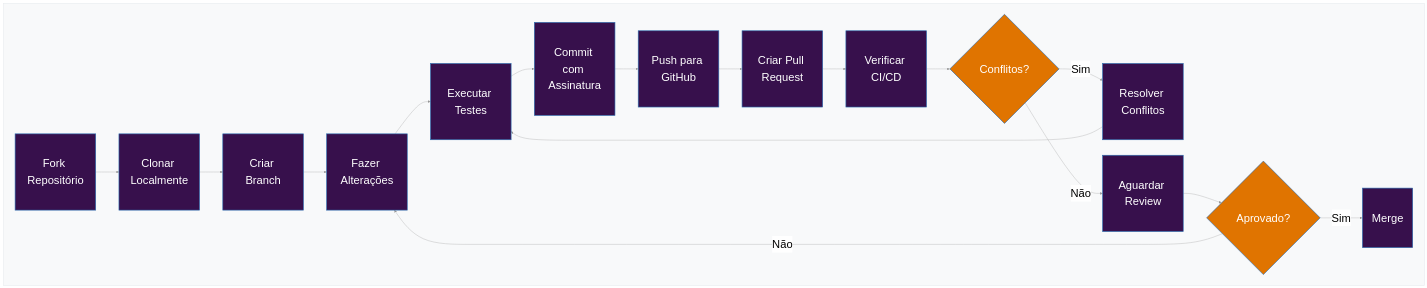
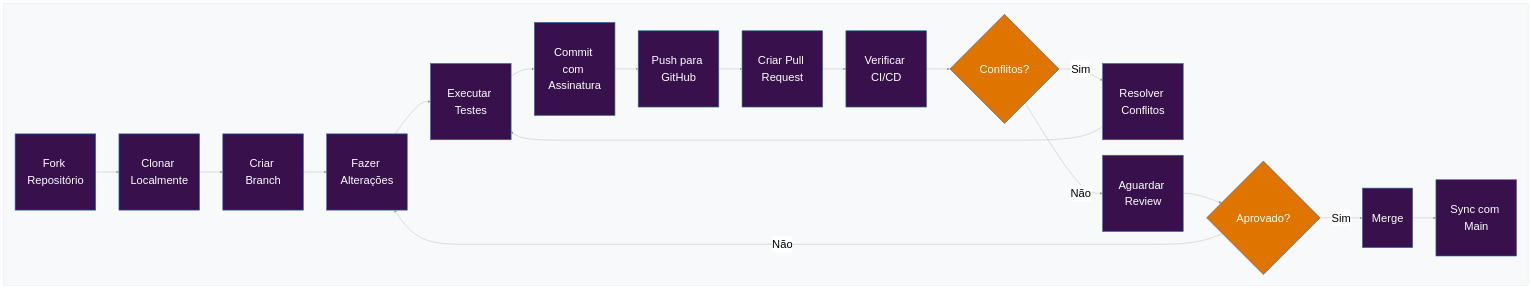
One commit to guardiafinance/hub changed the diagram in docs/community/CONTRIBUTING.md. Above: the diagram before and after it, drawn with Mermaid. The commit also changed other lines of this file and 2 other files, not shown here.

Commit message:
fix: add sync step

````diff
--- a/docs/community/CONTRIBUTING.md
+++ b/docs/community/CONTRIBUTING.md
@@ -62,28 +63,29 @@
 ```mermaid
 graph LR
     %%{init: {'theme': 'neutral', 'themeVariables': { 'fontSize': '36px', 'fontFamily': 'arial', 'nodeSpacing': 120, 'rankSpacing': 100, 'lineColor': '#999999'}}}%%
     classDef default fill:#37104c,stroke:#2b6cb0,stroke-width:2px,font-size:36px,font-family:arial,padding:20px,color:#fff;
     classDef decision fill:#e07400,stroke:#2b6cb0,stroke-width:2px,font-size:36px,font-family:arial,padding:20px,color:#fff;
 
     subgraph Flow[" "]
       direction LR
         style Flow fill:#f8f9fa,stroke:#e9ecef,stroke-width:2px
         A[Fork Repositório] --> B[Clonar Localmente]
         B --> C[Criar Branch]
         C --> D[Fazer Alterações]
         D --> E[Executar Testes]
         E --> F[Commit com Assinatura]
         F --> G[Push para GitHub]
         G --> H[Criar Pull Request]
         H --> I[Verificar CI/CD]
         I --> J{Conflitos?}
         J -->|Sim| K[Resolver Conflitos]
         K --> E
         J -->|Não| L[Aguardar Review]
         L --> M{Aprovado?}
         M -->|Sim| N[Merge]
         M -->|Não| D
+        N --> O[Sync com Main]
     end
 
     class J,M decision;
 ```
````
